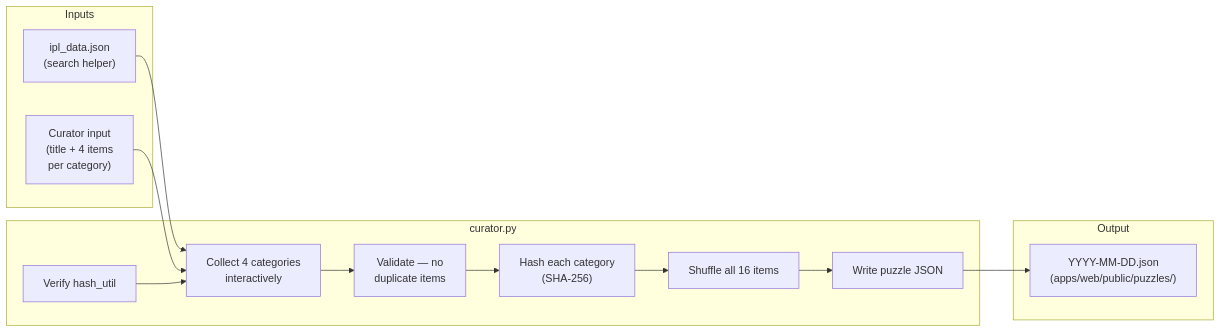
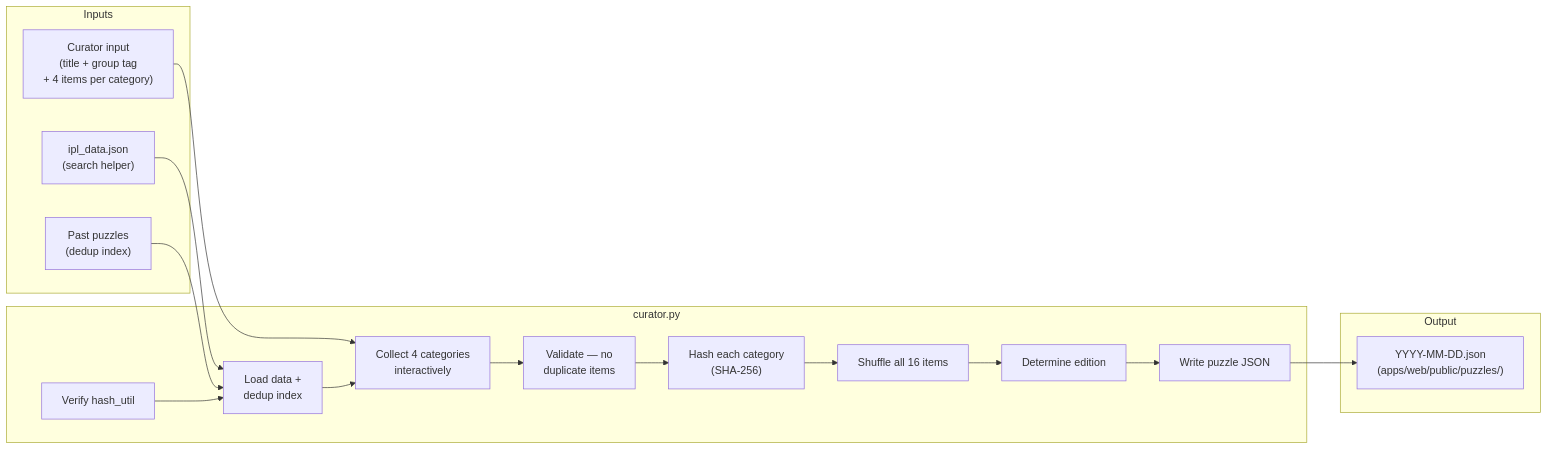
Before and after one commit to satheeshms/ipl_games: the first of 2 diagrams in packages/puzzle-curator/README.md, drawn with Mermaid. The commit also changed other lines of this file and 36 other files, not shown here.

````diff
--- a/packages/puzzle-curator/README.md
+++ b/packages/puzzle-curator/README.md
@@ -9,24 +9,28 @@
 ```mermaid
 flowchart LR
     subgraph input["Inputs"]
         data["ipl_data.json\n(search helper)"]
-        curator_input["Curator input\n(title + 4 items\nper category)"]
+        past["Past puzzles\n(dedup index)"]
+        curator_input["Curator input\n(title + group tag\n+ 4 items per category)"]
     end
 
     subgraph curator["curator.py"]
         step1["Verify hash_util"]
-        step2["Collect 4 categories\ninteractively"]
-        step3["Validate — no\nduplicate items"]
-        step4["Hash each category\n(SHA-256)"]
-        step5["Shuffle all 16 items"]
-        step6["Write puzzle JSON"]
+        step2["Load data +\ndedup index"]
+        step3["Collect 4 categories\ninteractively"]
+        step4["Validate — no\nduplicate items"]
+        step5["Hash each category\n(SHA-256)"]
+        step6["Shuffle all 16 items"]
+        step7["Determine edition"]
+        step8["Write puzzle JSON"]
     end
 
     subgraph output["Output"]
         puzzle["YYYY-MM-DD.json\n(apps/web/public/puzzles/)"]
     end
 
     data --> step2
-    curator_input --> step2
-    step1 --> step2 --> step3 --> step4 --> step5 --> step6 --> puzzle
+    past --> step2
+    curator_input --> step3
+    step1 --> step2 --> step3 --> step4 --> step5 --> step6 --> step7 --> step8 --> puzzle
 ```
````
